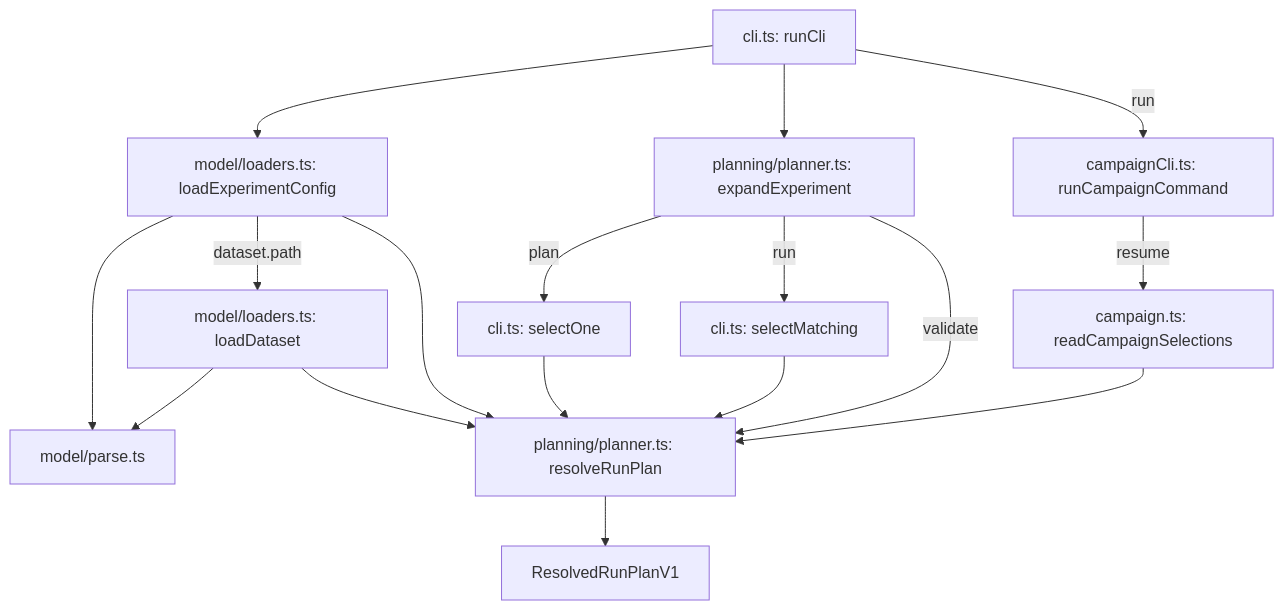
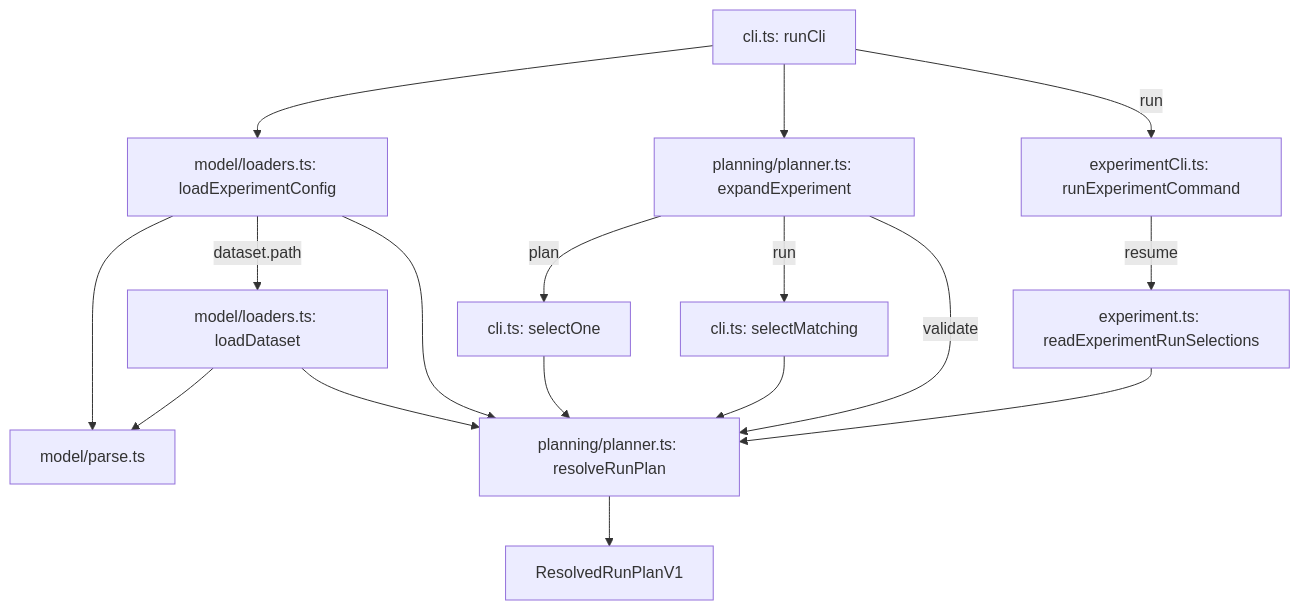
One commit to stripe/forge changed the second of 3 diagrams in docs/codebase-guide.md. Above: the diagram before and after it, drawn with Mermaid. The commit also changed other lines of this file and 23 other files, not shown here.

First line of the commit message:
forge: standardize experiment run terminology

````diff
--- a/docs/codebase-guide.md
+++ b/docs/codebase-guide.md
@@ -148,26 +148,26 @@
 ```mermaid
 flowchart TD
     CLI[cli.ts: runCli]
     LD[model/loaders.ts: loadDataset]
     LE[model/loaders.ts: loadExperimentConfig]
     PM[model/parse.ts]
     EX[planning/planner.ts: expandExperiment]
     ONE[cli.ts: selectOne]
     MANY[cli.ts: selectMatching]
-    SAVED[campaign.ts: readCampaignSelections]
+    SAVED[experiment.ts: readExperimentRunSelections]
     RP[planning/planner.ts: resolveRunPlan]
     PLAN[ResolvedRunPlanV1]
 
     CLI --> LE --> PM
     LE -->|dataset.path| LD --> PM
     CLI --> EX
     EX -->|plan| ONE --> RP
     EX -->|run| MANY --> RP
     EX -->|validate| RP
-    COMMAND[campaignCli.ts: runCampaignCommand]
+    COMMAND[experimentCli.ts: runExperimentCommand]
     CLI -->|run| COMMAND
     COMMAND -->|resume| SAVED --> RP
     LD --> RP
     LE --> RP
     RP --> PLAN
 ```
````
